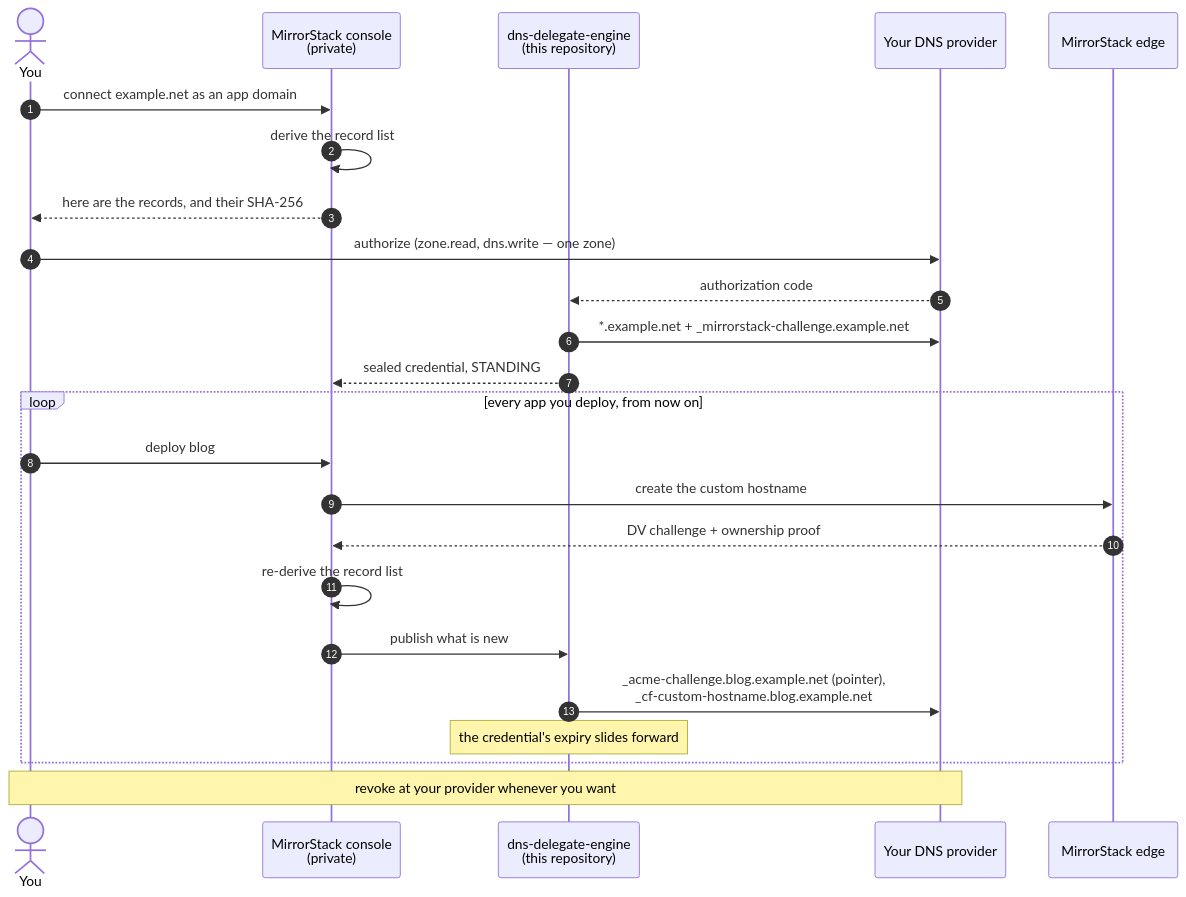
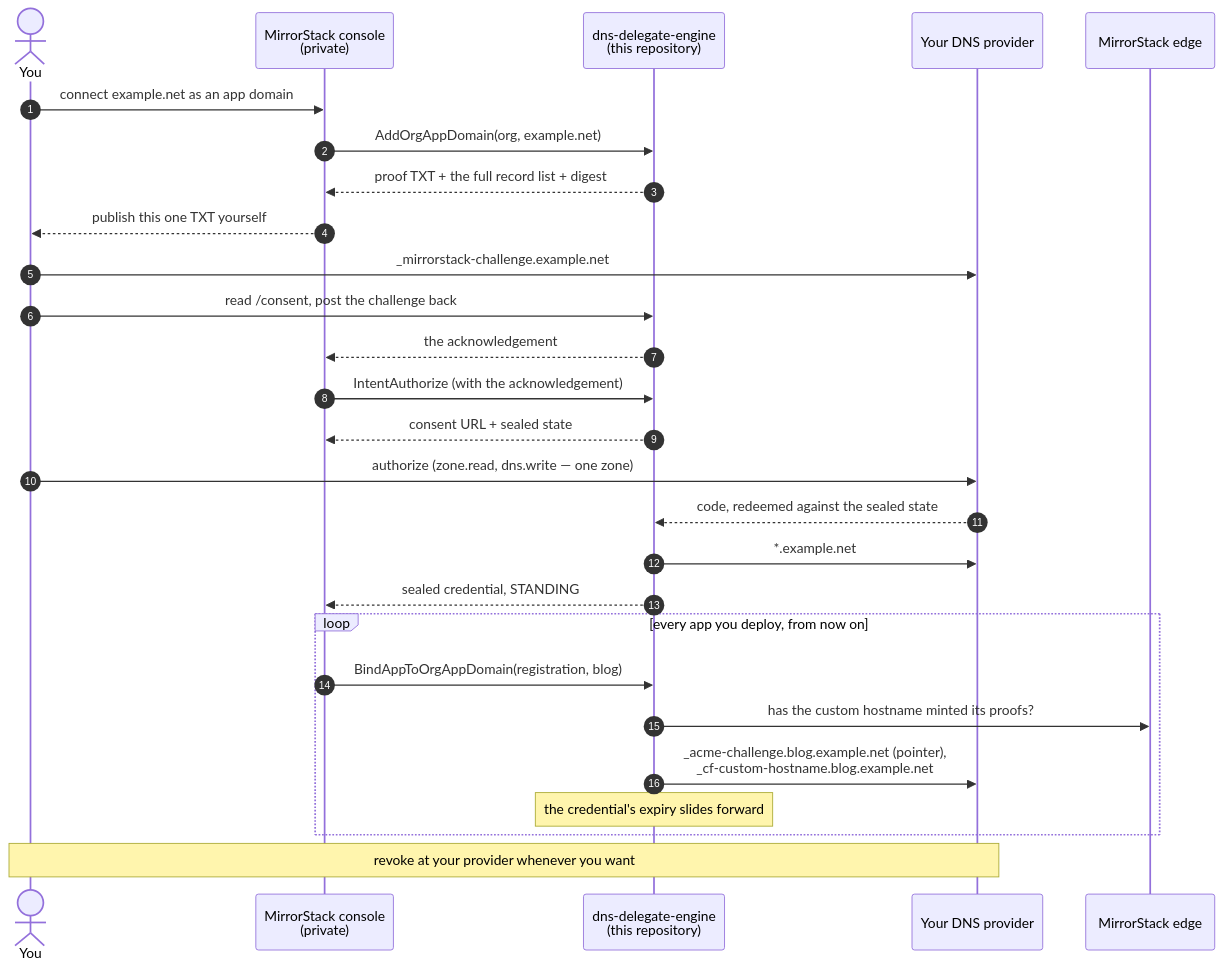
One commit to mirrorstack-ai/dns-delegate-engine changed the second of 4 diagrams in README.md. Above: the diagram before and after it, drawn with Mermaid. The commit also changed other lines of this file and 15 other files, not shown here.

First line of the commit message:
chore: delete the record-list surface

````diff
--- a/README.md
+++ b/README.md
@@ -329,30 +300,34 @@
 ```mermaid
 sequenceDiagram
     autonumber
     actor You
     participant Console as MirrorStack console<br/>(private)
     participant Engine as dns-delegate-engine<br/>(this repository)
     participant CF as Your DNS provider
     participant Edge as MirrorStack edge
 
     You->>Console: connect example.net as an app domain
-    Console->>Console: derive the record list
-    Console-->>You: here are the records, and their SHA-256
+    Console->>Engine: AddOrgAppDomain(org, example.net)
+    Engine-->>Console: proof TXT + the full record list + digest
+    Console-->>You: publish this one TXT yourself
+
+    You->>CF: _mirrorstack-challenge.example.net
+    You->>Engine: read /consent, post the challenge back
+    Engine-->>Console: the acknowledgement
+    Console->>Engine: IntentAuthorize (with the acknowledgement)
+    Engine-->>Console: consent URL + sealed state
 
     You->>CF: authorize (zone.read, dns.write — one zone)
-    CF-->>Engine: authorization code
-    Engine->>CF: *.example.net + _mirrorstack-challenge.example.net
+    CF-->>Engine: code, redeemed against the sealed state
+    Engine->>CF: *.example.net
     Engine-->>Console: sealed credential, STANDING
 
     loop every app you deploy, from now on
-        You->>Console: deploy blog
-        Console->>Edge: create the custom hostname
-        Edge-->>Console: DV challenge + ownership proof
-        Console->>Console: re-derive the record list
-        Console->>Engine: publish what is new
+        Console->>Engine: BindAppToOrgAppDomain(registration, blog)
+        Engine->>Edge: has the custom hostname minted its proofs?
         Engine->>CF: _acme-challenge.blog.example.net (pointer),<br/>_cf-custom-hostname.blog.example.net
         Note over Engine: the credential's expiry slides forward
     end
 
     Note over You,CF: revoke at your provider whenever you want
 ```
````
